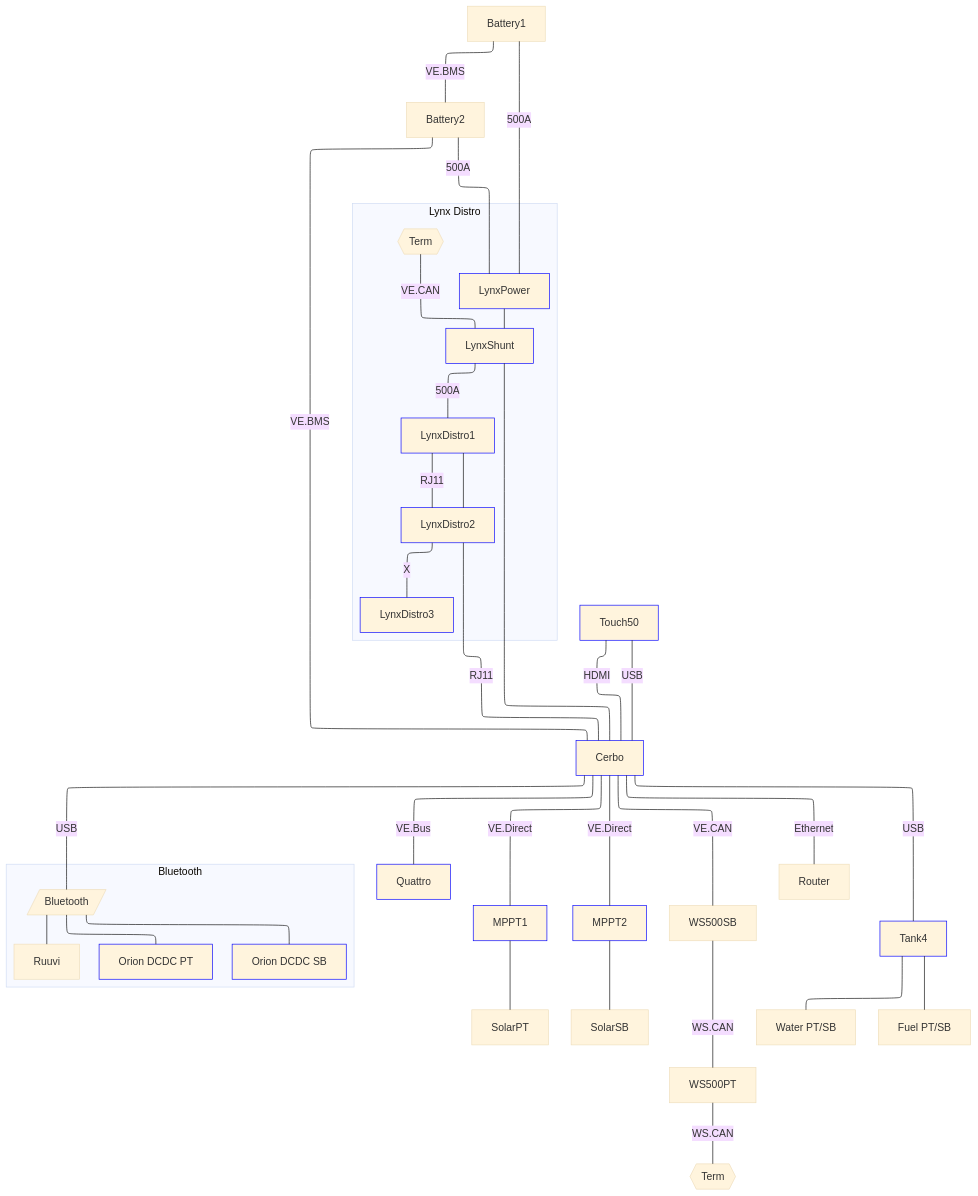
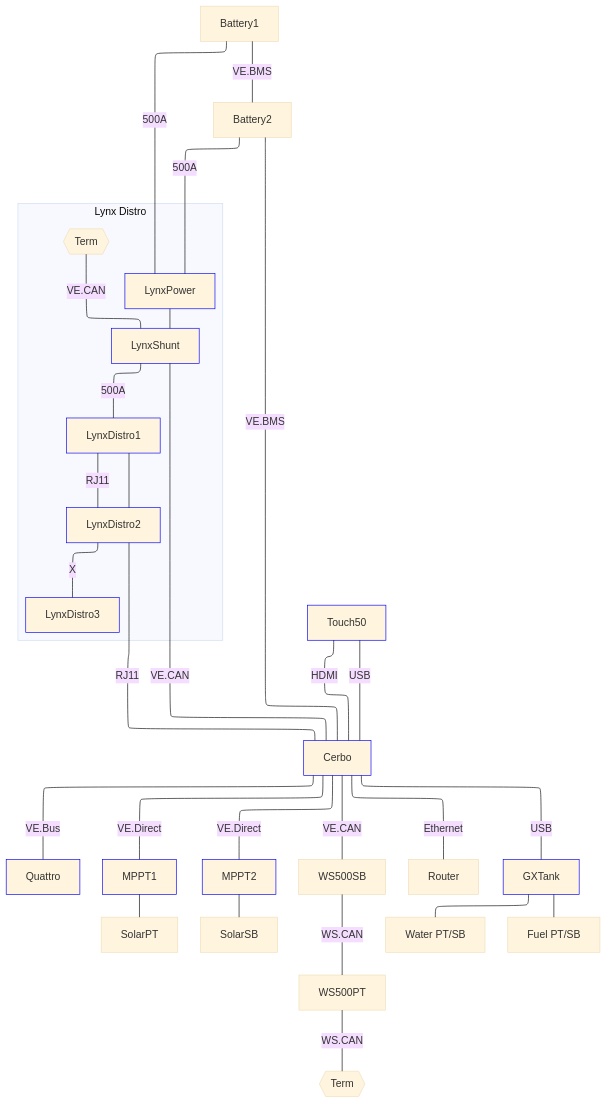
The diagram in owners_manual/Victron.md (dcoon/svharmony), drawn with Mermaid (base theme) before and after one commit.

Commit message:
vault backup: 2023-12-30 07:22:00

````diff
--- a/owners_manual/Victron.md
+++ b/owners_manual/Victron.md
@@ -2,32 +2,27 @@
 ```mermaid
 
 flowchart-elk TB
 
 classDef Victron stroke:blue
 
 subgraph Distro["Lynx Distro"]
 	LynxPower:::Victron --- LynxShunt:::Victron ---|500A| LynxDistro1:::Victron --- LynxDistro2:::Victron ---|X| LynxDistro3:::Victron
 	VECANT1{{"Term"}} ---|VE.CAN| LynxShunt
 end
 Battery1 ---|500A| LynxPower
 Battery2 ---|500A| LynxPower
 
 Battery1 ---|VE.BMS| Battery2 ---|VE.BMS| Cerbo:::Victron
+
 LynxDistro1 ---|RJ11| LynxDistro2 ---|RJ11| Cerbo
 Touch50:::Victron ---|HDMI| Cerbo
 Touch50:::Victron ---|USB| Cerbo
 Cerbo ---|VE.Bus| Quattro:::Victron
 Cerbo ---|VE.Direct| MPPT1:::Victron --- SolarPT
 Cerbo ---|VE.Direct| MPPT2:::Victron --- SolarSB
-Cerbo ---|USB| Bluetooth[/Bluetooth/]
-LynxShunt --- Cerbo ---|VE.CAN| WS500SB ---|WS.CAN| WS500PT ---|WS.CAN| VECANT2{{"Term"}}
+LynxShunt ---|VE.CAN| Cerbo ---|VE.CAN| WS500SB ---|WS.CAN| WS500PT ---|WS.CAN| VECANT2{{"Term"}}
 Cerbo ---|Ethernet| Router
-Cerbo ---|USB| Tank4:::Victron
-Tank4 --- Water["Water PT/SB"]
-Tank4 --- Fuel["Fuel PT/SB"]
-subgraph BluetoothNetwork["Bluetooth"]
-	Bluetooth --- OrionDCDCPT["Orion DCDC PT"]:::Victron
-	Bluetooth --- OrionDCDCSB["Orion DCDC SB"]:::Victron
-	Bluetooth --- Ruuvi
-end
+Cerbo ---|USB| GXTank:::Victron
+GXTank --- Water["Water PT/SB"]
+GXTank --- Fuel["Fuel PT/SB"]
 ```
````
